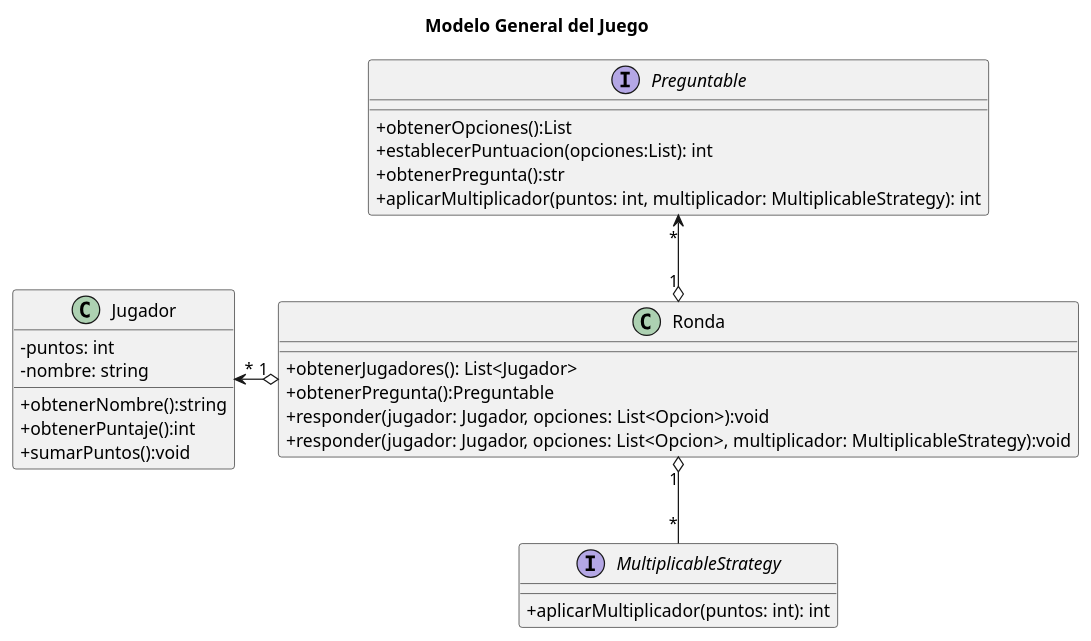
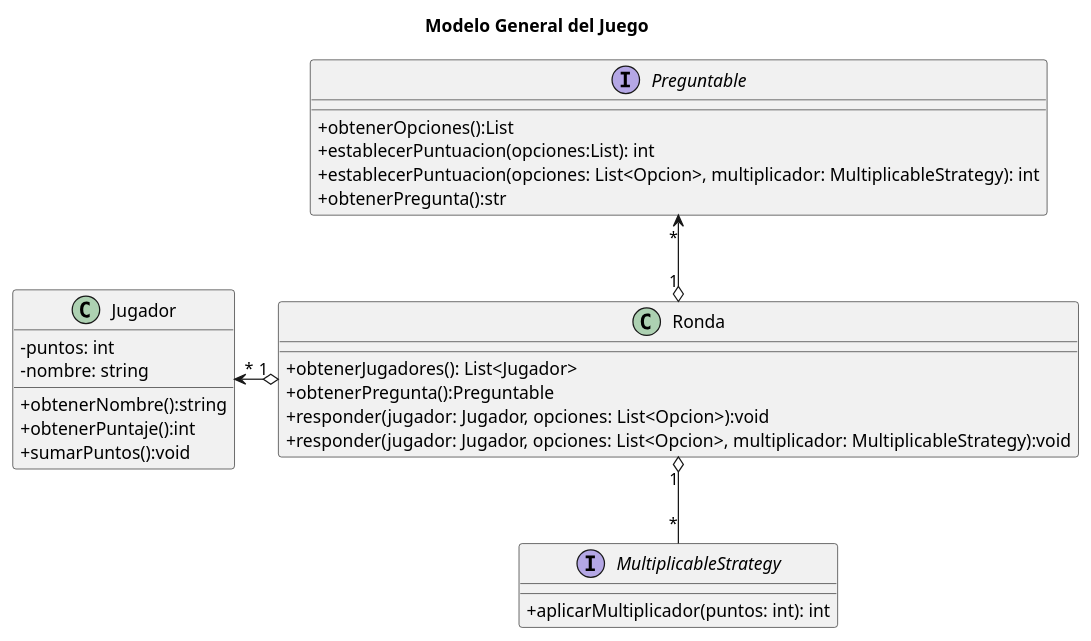
One commit to gylopezgiles/TP2 changed the diagram in doc/Diagramas/Diagramas_Clase/partida/partida.plantuml. Above: the diagram before and after it, drawn with PlantUML. The commit also changed 15 other files, not shown here.

Commit message:
pequeño refactor: remuevo metodo aplicar multiplicador y lo llevo a establecerpuntuacion

```diff
--- a/doc/Diagramas/Diagramas_Clase/partida/partida.plantuml
+++ b/doc/Diagramas/Diagramas_Clase/partida/partida.plantuml
@@ -1,38 +1,38 @@
 @startuml
 title Modelo General del Juego
 skinparam classAttributeIconSize 0
 
 class Jugador{
     - puntos: int
     - nombre: string
 
     + obtenerNombre():string
     + obtenerPuntaje():int
     + sumarPuntos():void
 }
 
 interface Preguntable{
     + obtenerOpciones():List
     + establecerPuntuacion(opciones:List): int
+    + establecerPuntuacion(opciones: List<Opcion>, multiplicador: MultiplicableStrategy): int
     + obtenerPregunta():str
-    + aplicarMultiplicador(puntos: int, multiplicador: MultiplicableStrategy): int
 }
 
 class Ronda{
 
     + obtenerJugadores(): List<Jugador>
     + obtenerPregunta():Preguntable
     + responder(jugador: Jugador, opciones: List<Opcion>):void
     + responder(jugador: Jugador, opciones: List<Opcion>, multiplicador: MultiplicableStrategy):void
 }
 
 interface MultiplicableStrategy{
     + aplicarMultiplicador(puntos: int): int
 }
 
 Ronda "1" o-down-"*" MultiplicableStrategy
 Ronda "1" o-up->"*" Preguntable
 Ronda "1" o-left->"*"Jugador
 
 
 @enduml
```
